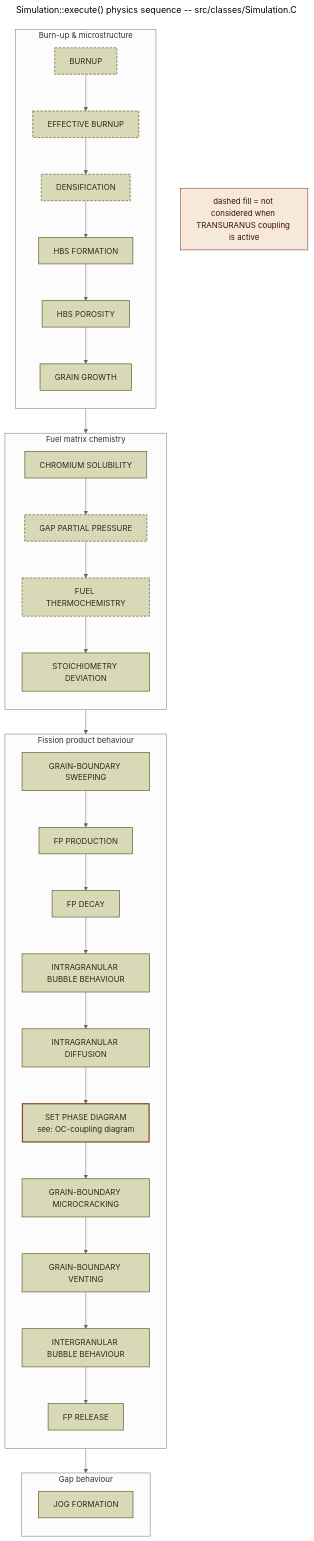
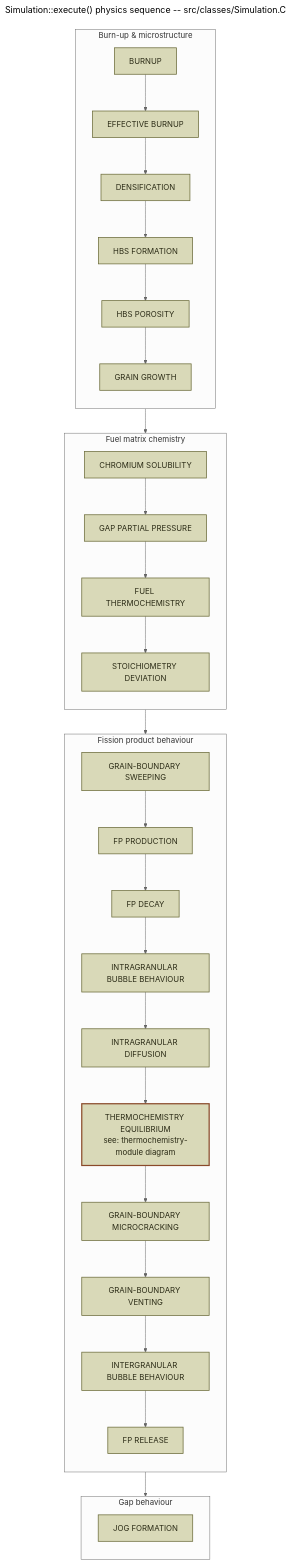
The diagram in utilities/workflow/Simulation.mmd (sciantix/sciantix-official), drawn with Mermaid (neutral theme) before and after one commit. The commit also changed 2 other files, not shown here.

```diff
--- a/utilities/workflow/Simulation.mmd
+++ b/utilities/workflow/Simulation.mmd
@@ -1,39 +1,34 @@
 ---
 title: Simulation::execute() physics sequence -- src/classes/Simulation.C
 ---
 flowchart TB
     subgraph BURN["Burn-up & microstructure"]
         direction TB
         Burnup["BURNUP"] --> EffectiveBurnup["EFFECTIVE BURNUP"] --> Densification["DENSIFICATION"] --> HighBurnupStructureFormation["HBS FORMATION"] --> HighBurnupStructurePorosity["HBS POROSITY"] --> GrainGrowth["GRAIN GROWTH"]
     end
 
     subgraph CHEM["Fuel matrix chemistry"]
         direction TB
         ChromiumSolubility["CHROMIUM SOLUBILITY"] --> GapPartialPressure["GAP PARTIAL PRESSURE"] --> UO2Thermochemistry["FUEL THERMOCHEMISTRY"] --> StoichiometryDeviation["STOICHIOMETRY DEVIATION"]
     end
 
     subgraph FP["Fission product behaviour"]
         direction TB
-        GrainBoundarySweeping["GRAIN-BOUNDARY SWEEPING"] --> FissionProductProduction["FP PRODUCTION"] --> FissionProductDecay["FP DECAY"] --> IntraGranularBubbleBehavior["INTRAGRANULAR BUBBLE BEHAVIOUR"] --> IntragranularDiffusion["INTRAGRANULAR DIFFUSION"] --> SetPhaseDiagram["SET PHASE DIAGRAM<br/>see: OC-coupling diagram"] --> GrainBoundaryMicroCracking["GRAIN-BOUNDARY MICROCRACKING"] --> GrainBoundaryVenting["GRAIN-BOUNDARY VENTING"] --> InterGranularBubbleBehavior["INTERGRANULAR BUBBLE BEHAVIOUR"] --> FissionProductRelease["FP RELEASE"]
+        GrainBoundarySweeping["GRAIN-BOUNDARY SWEEPING"] --> FissionProductProduction["FP PRODUCTION"] --> FissionProductDecay["FP DECAY"] --> IntraGranularBubbleBehavior["INTRAGRANULAR BUBBLE BEHAVIOUR"] --> IntragranularDiffusion["INTRAGRANULAR DIFFUSION"] --> SetPhaseDiagram["THERMOCHEMISTRY EQUILIBRIUM<br/>see: thermochemistry-module diagram"] --> GrainBoundaryMicroCracking["GRAIN-BOUNDARY MICROCRACKING"] --> GrainBoundaryVenting["GRAIN-BOUNDARY VENTING"] --> InterGranularBubbleBehavior["INTERGRANULAR BUBBLE BEHAVIOUR"] --> FissionProductRelease["FP RELEASE"]
     end
 
     subgraph GAP["Gap behaviour"]
         direction TB
         JOGFormation["JOG FORMATION"]
     end
 
     GrainGrowth --> ChromiumSolubility
     StoichiometryDeviation --> GrainBoundarySweeping
     FissionProductRelease --> JOGFormation
 
-    TUNote["dashed fill = not considered when TRANSURANUS coupling is active"]
-    
     classDef note fill:#F6E9D9,stroke:#7A1F1F,stroke-width:1px,color:#3a0d0d;
     classDef simProcess fill:#D9D9B8,stroke:#6B6B3A,stroke-width:1.5px,color:#2b2b16;
-    classDef simCouplingSkip fill:#D9D9B8,stroke:#6B6B3A,stroke-width:1.5px,stroke-dasharray: 5 3,color:#2b2b16;
     classDef simHighlight fill:#D9D9B8,stroke:#8A4A2A,stroke-width:2.5px,color:#2b2b16;
 
-    class Burnup,EffectiveBurnup,Densification,GapPartialPressure,UO2Thermochemistry simCouplingSkip;
-    class HighBurnupStructureFormation,HighBurnupStructurePorosity,GrainGrowth,ChromiumSolubility,StoichiometryDeviation,GrainBoundarySweeping,FissionProductProduction,FissionProductDecay,IntraGranularBubbleBehavior,IntragranularDiffusion,GrainBoundaryMicroCracking,GrainBoundaryVenting,InterGranularBubbleBehavior,FissionProductRelease,JOGFormation simProcess;
+    class Burnup,EffectiveBurnup,Densification,GapPartialPressure,UO2Thermochemistry,HighBurnupStructureFormation,HighBurnupStructurePorosity,GrainGrowth,ChromiumSolubility,StoichiometryDeviation,GrainBoundarySweeping,FissionProductProduction,FissionProductDecay,IntraGranularBubbleBehavior,IntragranularDiffusion,GrainBoundaryMicroCracking,GrainBoundaryVenting,InterGranularBubbleBehavior,FissionProductRelease,JOGFormation simProcess;
     class SetPhaseDiagram simHighlight;
-    class TUNote,ModelNote note;
```
